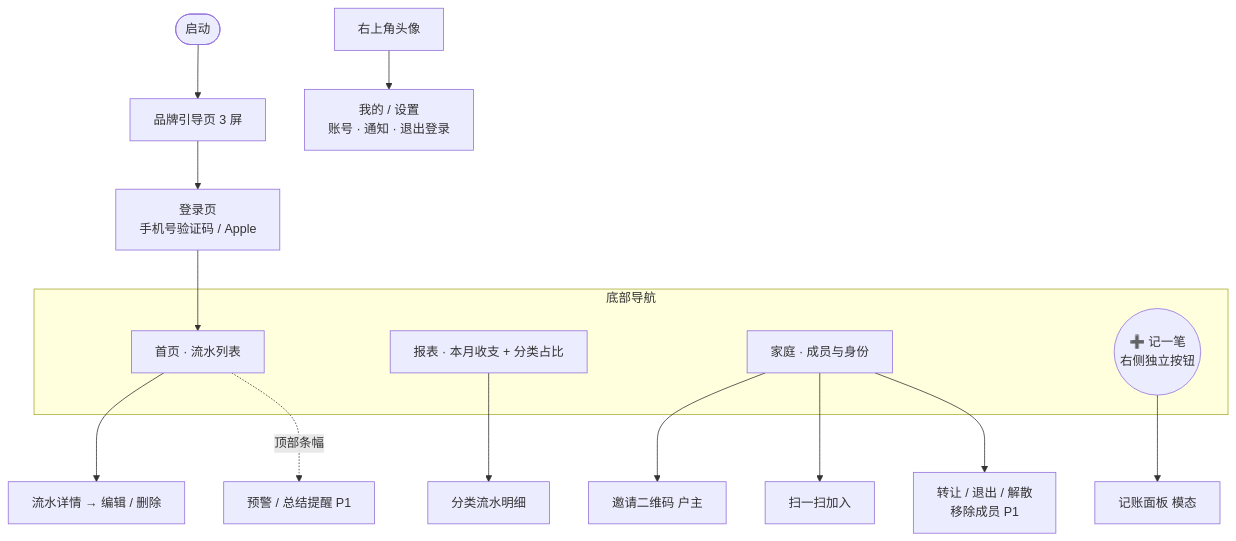
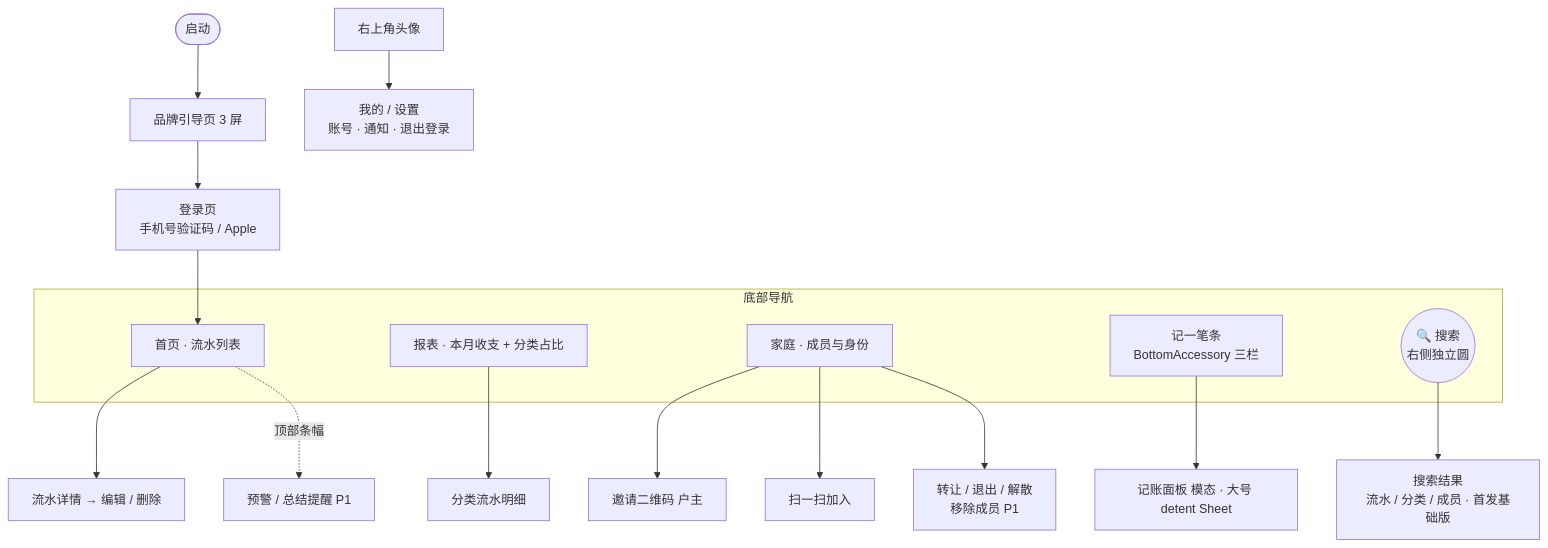
The diagram in spec/IA.md (raochen0000/HomeBook), drawn with Mermaid before and after one commit. The commit also changed other lines of this file and 6 other files, not shown here.

````diff
--- a/spec/IA.md
+++ b/spec/IA.md
@@ -47,26 +54,28 @@
 ```mermaid
 flowchart TD
     Start([启动]) --> Guide[品牌引导页 3 屏]
     Guide --> Login[登录页<br/>手机号验证码 / Apple]
     Login --> Home
 
     subgraph 主框架[底部导航]
       Home[首页 · 流水列表]
       Report[报表 · 本月收支 + 分类占比]
       Family[家庭 · 成员与身份]
-      Add((➕ 记一笔<br/>右侧独立按钮))
+      Add[记一笔条<br/>BottomAccessory 三栏]
+      Search((🔍 搜索<br/>右侧独立圆))
     end
 
     Home --> Detail[流水详情 → 编辑 / 删除]
     Home -.顶部条幅.-> Banner[预警 / 总结提醒 P1]
 
-    Add --> AddPanel[记账面板 模态]
+    Add --> AddPanel[记账面板 模态 · 大号 detent Sheet]
+    Search --> SearchPage[搜索结果<br/>流水 / 分类 / 成员 · 首发基础版]
 
     Report --> CatList[分类流水明细]
 
     Family --> Invite[邀请二维码 户主]
     Family --> Scan[扫一扫加入]
     Family --> Manage[转让 / 退出 / 解散<br/>移除成员 P1]
 
     Avatar[右上角头像] --> Mine[我的 / 设置<br/>账号 · 通知 · 退出登录]
 ```
````
